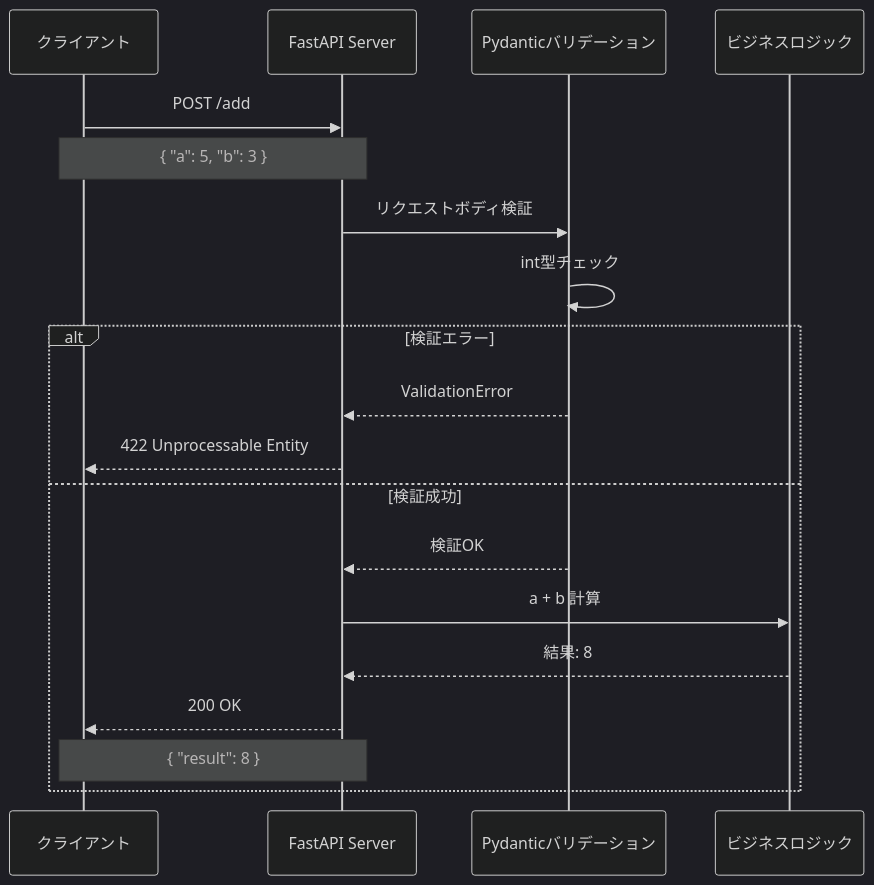
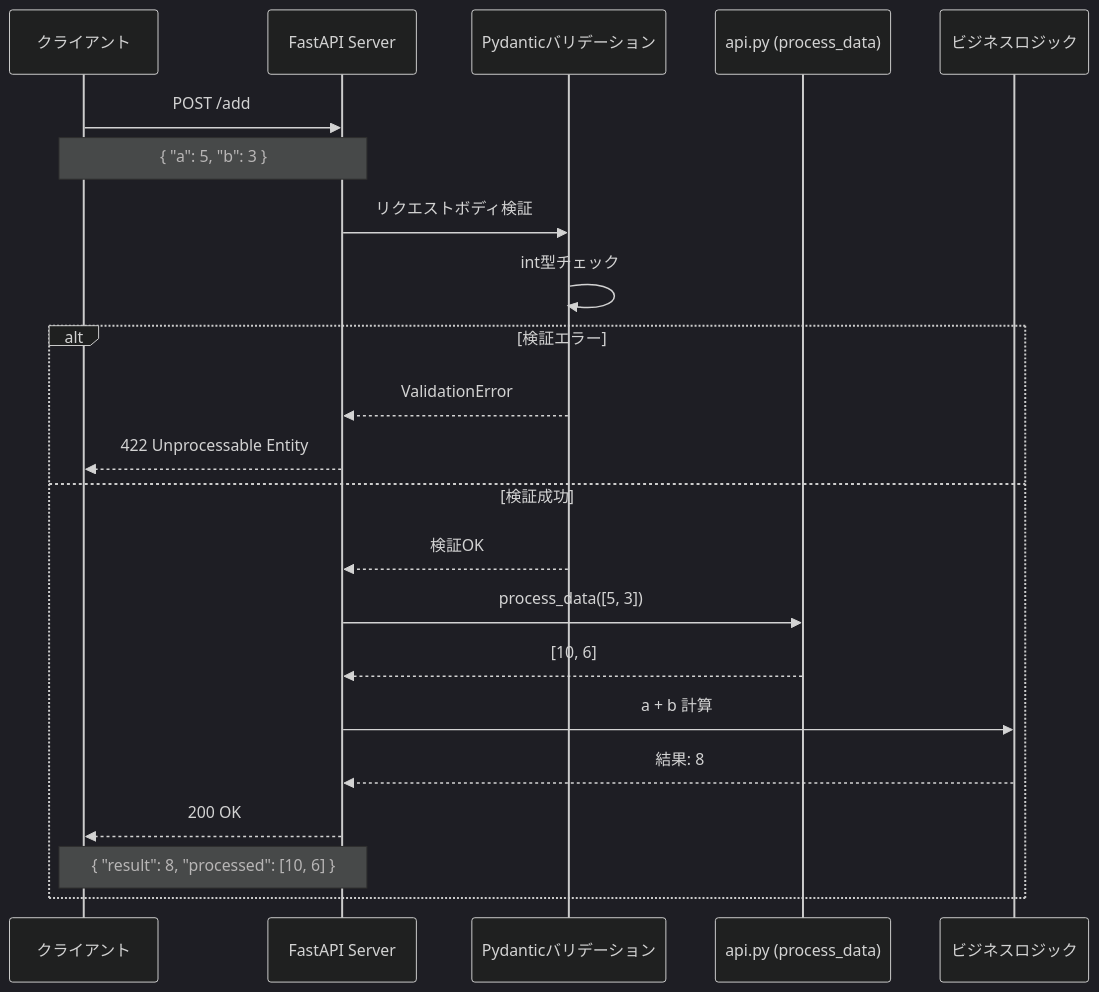
The seventh of 10 diagrams in シーケンス図.md (dir-FY25shizukashunsuke/repository-C), drawn with Mermaid (dark theme) before and after one commit. The commit also changed other lines of this file and 1 other file, not shown here.

Commit message:
Update 機能定義書.md and シーケンス図.md with latest submodule changes

````diff
--- a/シーケンス図.md
+++ b/シーケンス図.md
@@ -153,24 +173,27 @@
 ```mermaid
 sequenceDiagram
     participant Client as クライアント
     participant FastAPI as FastAPI Server
     participant Validator as Pydanticバリデーション
+    participant API_Module as api.py (process_data)
     participant Logic as ビジネスロジック
 
     Client->>FastAPI: POST /add
     Note over Client,FastAPI: { "a": 5, "b": 3 }
     
     FastAPI->>Validator: リクエストボディ検証
     Validator->>Validator: int型チェック
     
     alt 検証エラー
         Validator-->>FastAPI: ValidationError
         FastAPI-->>Client: 422 Unprocessable Entity
     else 検証成功
         Validator-->>FastAPI: 検証OK
+        FastAPI->>API_Module: process_data([5, 3])
+        API_Module-->>FastAPI: [10, 6]
         FastAPI->>Logic: a + b 計算
         Logic-->>FastAPI: 結果: 8
         FastAPI-->>Client: 200 OK
-        Note over FastAPI,Client: { "result": 8 }
+        Note over FastAPI,Client: { "result": 8, "processed": [10, 6] }
     end
 ```
````
